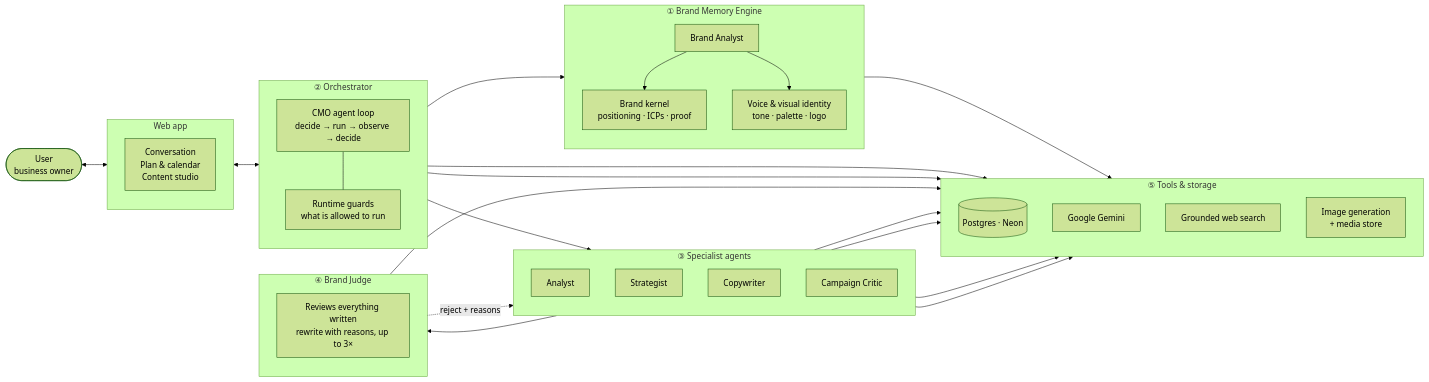
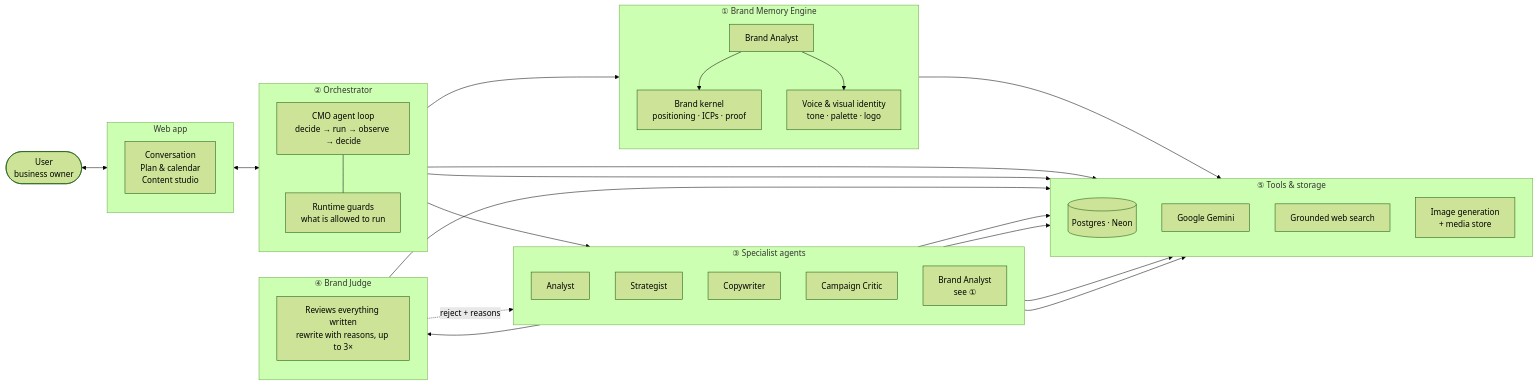
One commit to VishnuRam04/YEI-CMO changed the diagram in docs/ARCHITECTURE.md. Above: the diagram before and after it, drawn with Mermaid (forest theme). The commit also changed other lines of this file, not shown here.

First line of the commit message:
docs: correct two omissions in the architecture

````diff
--- a/docs/ARCHITECTURE.md
+++ b/docs/ARCHITECTURE.md
@@ -11,58 +11,59 @@
 ```mermaid
 flowchart LR
     USER([User<br/>business owner])
 
     subgraph FE["Web app"]
         direction TB
         UI["Conversation<br/>Plan &amp; calendar<br/>Content studio"]
     end
 
     subgraph B1["① Brand Memory Engine"]
         direction TB
         BA["Brand Analyst"]
         Kernel["Brand kernel<br/>positioning · ICPs · proof"]
         Voice["Voice &amp; visual identity<br/>tone · palette · logo"]
         BA --> Kernel & Voice
     end
 
     subgraph B2["② Orchestrator"]
         direction TB
         Loop["CMO agent loop<br/>decide → run → observe → decide"]
         Guards["Runtime guards<br/>what is allowed to run"]
         Loop --- Guards
     end
 
     subgraph B3["③ Specialist agents"]
         direction TB
         An["Analyst"]
         St["Strategist"]
         Cw["Copywriter"]
         Cc["Campaign Critic"]
+        BAref["Brand Analyst<br/>see ①"]
     end
 
     subgraph B4["④ Brand Judge"]
         direction TB
         Jd["Reviews everything written<br/>rewrite with reasons, up to 3×"]
     end
 
     subgraph B5["⑤ Tools &amp; storage"]
         direction TB
         DB[("Postgres · Neon")]
         Gem["Google Gemini"]
         Search["Grounded web search"]
         Media["Image generation<br/>+ media store"]
     end
 
     USER <--> FE
     FE <--> B2
     B2 --> B3
     B2 --> B1
     Cw --> B4
     B4 -. reject + reasons .-> Cw
     B1 --> DB
     B3 --> DB
     B2 --> DB
     An --> Search
     Cw --> Media
     B2 & B3 & B4 --> Gem
 ```
````
